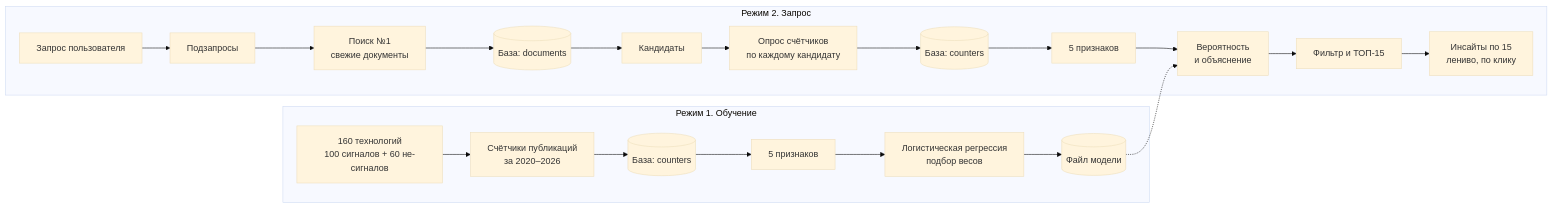
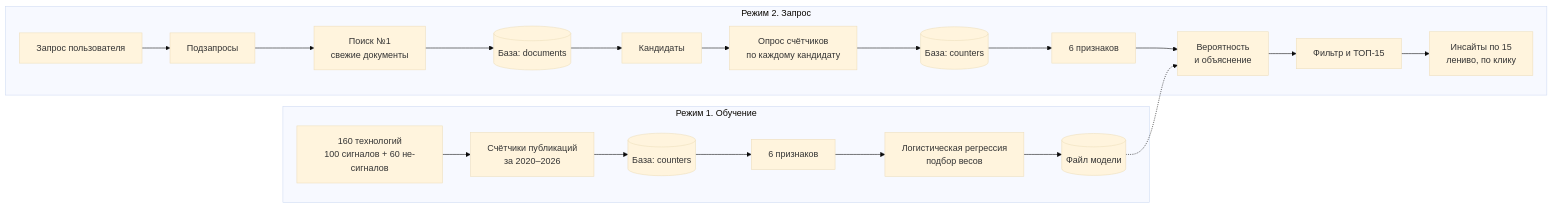
The diagram in docs/pipeline.md (LapshinYaroslav/Hackaton-2026-trend-radar), drawn with Mermaid (base theme) before and after one commit. The commit also changed other lines of this file and 53 other files, not shown here.

````diff
--- a/docs/pipeline.md
+++ b/docs/pipeline.md
@@ -18,23 +18,23 @@
 ```mermaid
 flowchart LR
     subgraph T["Режим 1. Обучение"]
         T1["160 технологий<br/>100 сигналов + 60 не-сигналов"] --> T2["Счётчики публикаций<br/>за 2020–2026"]
         T2 --> TDB[("База: counters")]
-        TDB --> T3["5 признаков"]
+        TDB --> T3["6 признаков"]
         T3 --> T4["Логистическая регрессия<br/>подбор весов"]
         T4 --> T5[("Файл модели")]
     end
     subgraph Q["Режим 2. Запрос"]
         Q1["Запрос пользователя"] --> Q2["Подзапросы"]
         Q2 --> Q3["Поиск №1<br/>свежие документы"]
         Q3 --> QDB[("База: documents")]
         QDB --> Q4["Кандидаты"]
         Q4 --> Q5["Опрос счётчиков<br/>по каждому кандидату"]
         Q5 --> QDB2[("База: counters")]
-        QDB2 --> Q6["5 признаков"]
+        QDB2 --> Q6["6 признаков"]
         Q6 --> Q7["Вероятность<br/>и объяснение"]
         Q7 --> Q8["Фильтр и ТОП-15"]
         Q8 --> Q9["Инсайты по 15<br/>лениво, по клику"]
     end
     T5 -.-> Q7
 ```
````
